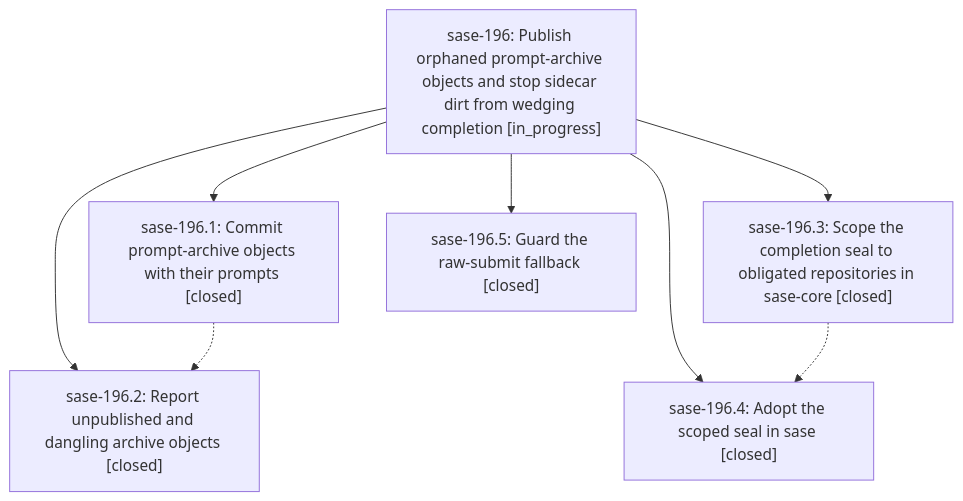
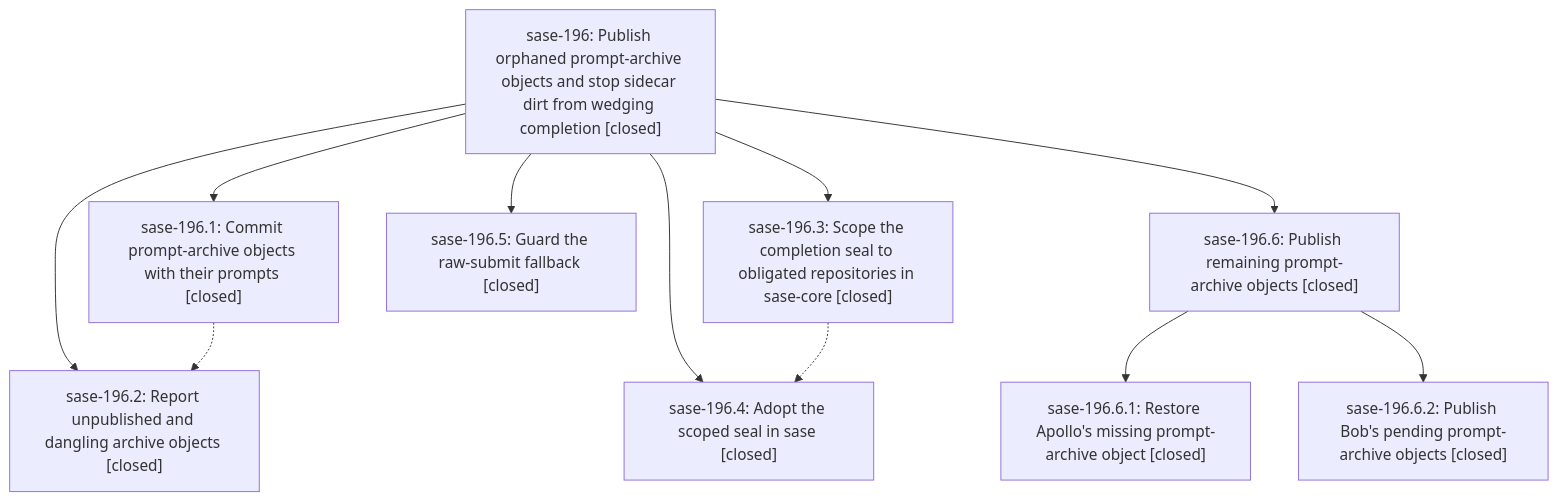
One commit to sase-org/sase--beads changed the diagram in pages/sase-196/README.md. Above: the diagram before and after it, drawn with Mermaid. The commit also changed other lines of this file and 4 other files, not shown here.

````diff
--- a/pages/sase-196/README.md
+++ b/pages/sase-196/README.md
@@ -26,16 +34,22 @@
 ```mermaid
 flowchart TD
-    n0["sase-196: Publish orphaned prompt-archive objects and stop sidecar dirt from wedging completion [in_progress]"]
+    n0["sase-196: Publish orphaned prompt-archive objects and stop sidecar dirt from wedging completion [closed]"]
     n1["sase-196.1: Commit prompt-archive objects with their prompts [closed]"]
     n2["sase-196.2: Report unpublished and dangling archive objects [closed]"]
     n3["sase-196.3: Scope the completion seal to obligated repositories in sase-core [closed]"]
     n4["sase-196.4: Adopt the scoped seal in sase [closed]"]
     n5["sase-196.5: Guard the raw-submit fallback [closed]"]
+    n6["sase-196.6: Publish remaining prompt-archive objects [closed]"]
+    n7["sase-196.6.1: Restore Apollo's missing prompt-archive object [closed]"]
+    n8["sase-196.6.2: Publish Bob's pending prompt-archive objects [closed]"]
     n0 --> n1
     n0 --> n2
     n0 --> n3
     n0 --> n4
     n0 --> n5
+    n0 --> n6
+    n6 --> n7
+    n6 --> n8
     n1 -.-> n2
     n3 -.-> n4
 ```
````
